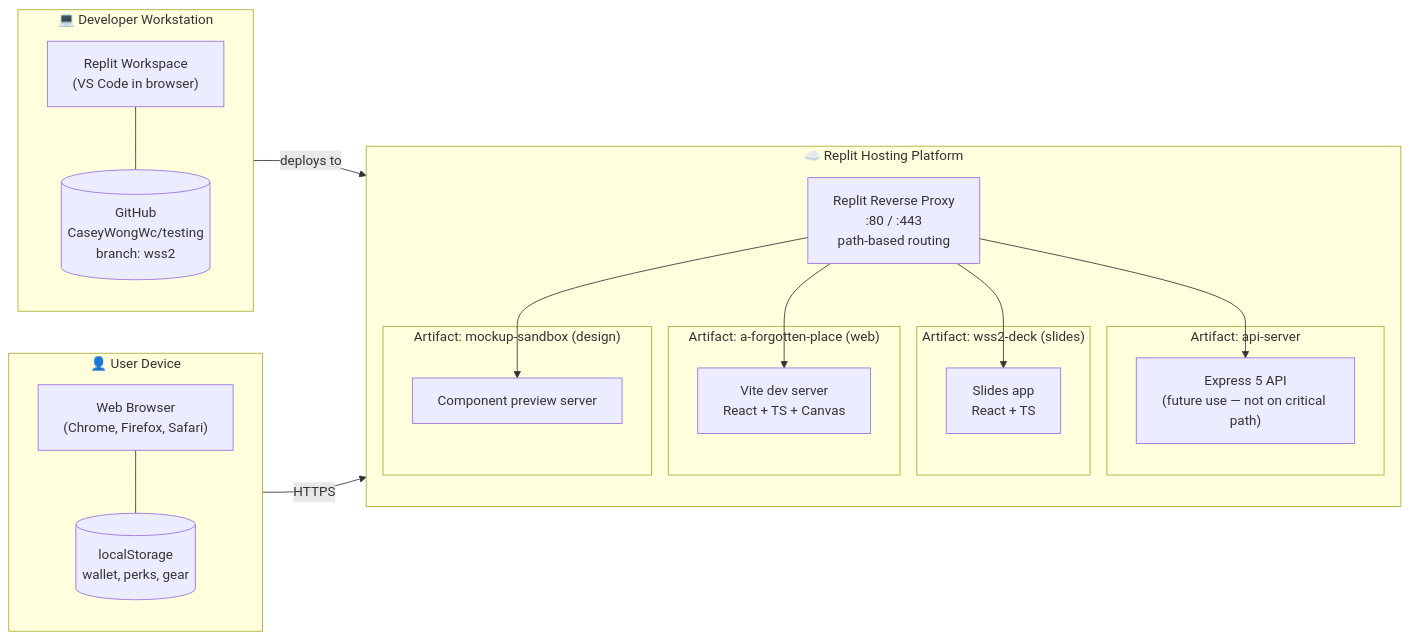
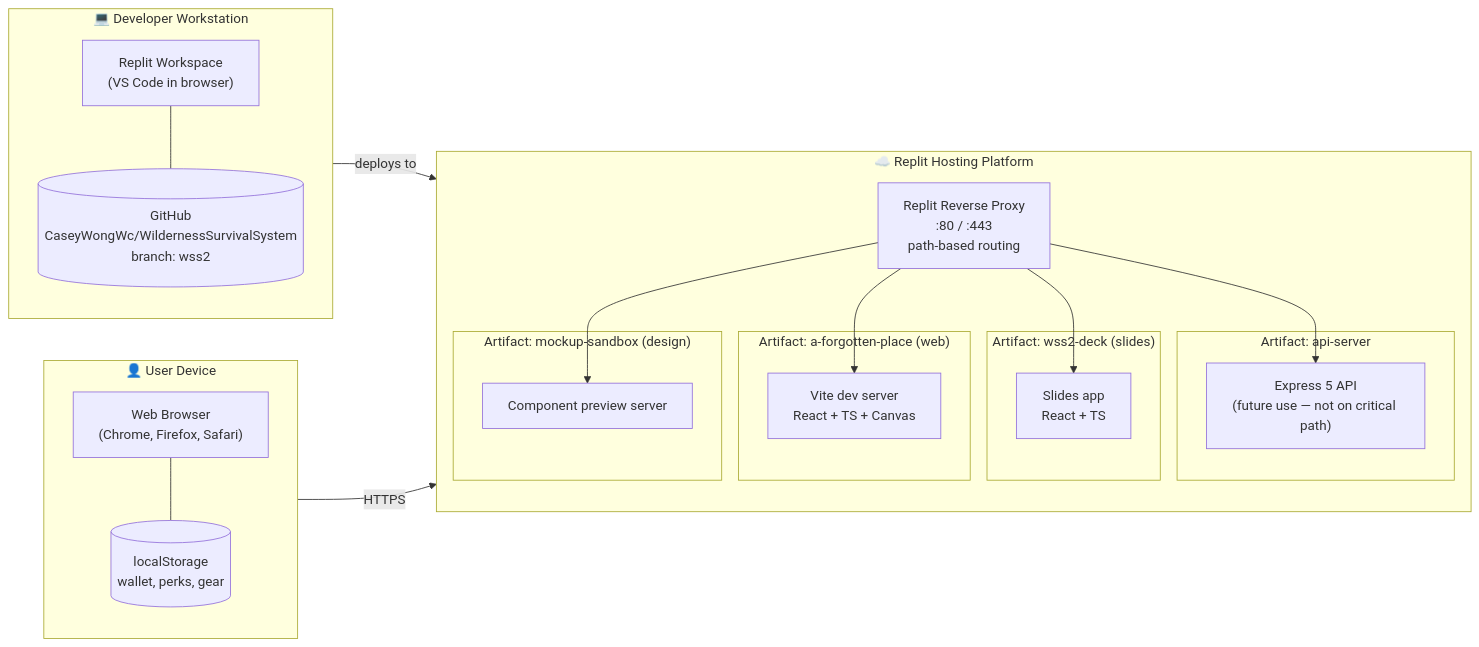
The diagram in submission/03-technical-design-spec/03a-context-deployment-diagram.md (CaseyWongWc/testing), drawn with Mermaid before and after one commit. The commit also changed 6 other files, not shown here.

````diff
--- a/submission/03-technical-design-spec/03a-context-deployment-diagram.md
+++ b/submission/03-technical-design-spec/03a-context-deployment-diagram.md
@@ -12,40 +12,40 @@
 ```mermaid
 flowchart LR
   subgraph User["👤 User Device"]
     direction TB
     Browser["Web Browser<br/>(Chrome, Firefox, Safari)"]
     LS[("localStorage<br/>wallet, perks, gear")]
     Browser --- LS
   end
 
   subgraph Replit["☁️ Replit Hosting Platform"]
     direction TB
     Proxy["Replit Reverse Proxy<br/>:80 / :443<br/>path-based routing"]
     subgraph WebArt["Artifact: a-forgotten-place (web)"]
       ViteDev["Vite dev server<br/>React + TS + Canvas"]
     end
     subgraph DeckArt["Artifact: wss2-deck (slides)"]
       Deck["Slides app<br/>React + TS"]
     end
     subgraph ApiArt["Artifact: api-server"]
       Api["Express 5 API<br/>(future use — not on critical path)"]
     end
     subgraph SandboxArt["Artifact: mockup-sandbox (design)"]
       Sandbox["Component preview server"]
     end
     Proxy --> ViteDev
     Proxy --> Deck
     Proxy --> Api
     Proxy --> Sandbox
   end
 
   subgraph Author["💻 Developer Workstation"]
     direction TB
     Repl["Replit Workspace<br/>(VS Code in browser)"]
-    Git[("GitHub<br/>CaseyWongWc/testing<br/>branch: wss2")]
+    Git[("GitHub<br/>CaseyWongWc/WildernessSurvivalSystem<br/>branch: wss2")]
     Repl --- Git
   end
 
   Browser -- HTTPS --> Proxy
   Repl -- deploys to --> Replit
 ```
````
